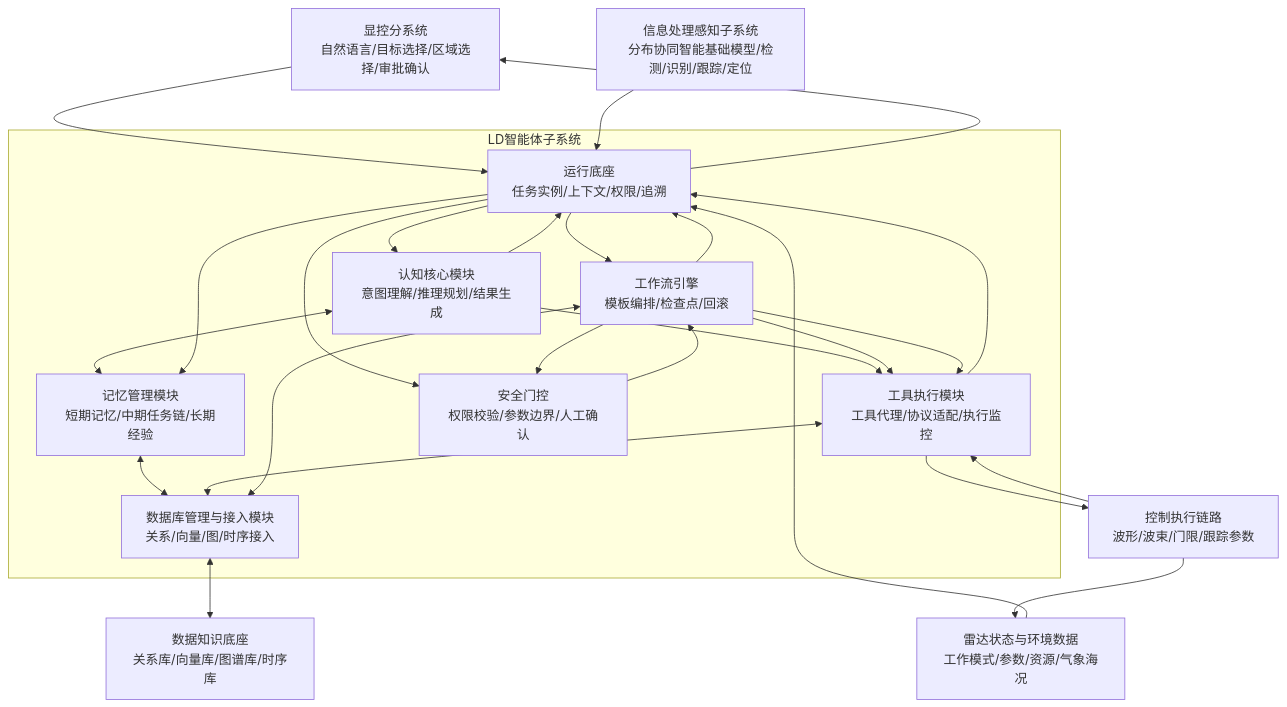
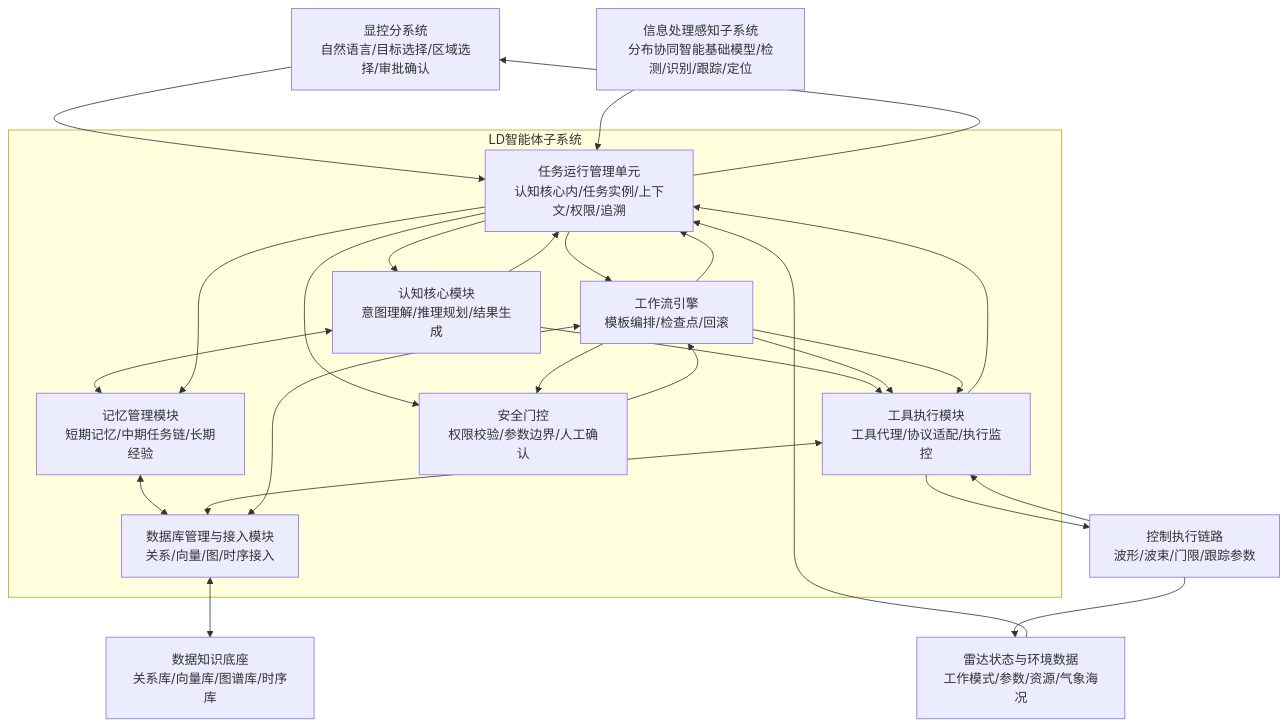
Before and after one commit to StormSeven1/obsidian-vault: the first of 7 diagrams in radar agent/4.3.3.2 LD智能体子系统技术方案.md, drawn with Mermaid. The commit also changed other lines of this file, not shown here.

````diff
--- a/radar agent/4.3.3.2 LD智能体子系统技术方案.md
+++ b/radar agent/4.3.3.2 LD智能体子系统技术方案.md
@@ -21,43 +21,43 @@
 ```mermaid
 graph TB
     J1[显控分系统<br/>自然语言/目标选择/区域选择/审批确认]
     J2[信息处理感知子系统<br/>分布协同智能基础模型/检测/识别/跟踪/定位]
     J3[雷达状态与环境数据<br/>工作模式/参数/资源/气象海况]
     J4[控制执行链路<br/>波形/波束/门限/跟踪参数]
     J5[数据知识底座<br/>关系库/向量库/图谱库/时序库]
 
     subgraph J6[LD智能体子系统]
-        J7[运行底座<br/>任务实例/上下文/权限/追溯]
+        J7[任务运行管理单元<br/>认知核心内/任务实例/上下文/权限/追溯]
         J8[认知核心模块<br/>意图理解/推理规划/结果生成]
         J9[记忆管理模块<br/>短期记忆/中期任务链/长期经验]
         J10[工具执行模块<br/>工具代理/协议适配/执行监控]
         J11[工作流引擎<br/>模板编排/检查点/回滚]
         J12[数据库管理与接入模块<br/>关系/向量/图/时序接入]
         J13[安全门控<br/>权限校验/参数边界/人工确认]
     end
 
     J1 --> J7
     J2 --> J7
     J3 --> J7
     J7 --> J8
     J8 <--> J9
     J9 <--> J12
     J8 --> J10
     J8 --> J7
     J7 --> J11
     J11 --> J10
     J10 <--> J12
     J11 <--> J12
     J12 <--> J5
     J7 --> J13
     J11 --> J13
     J13 --> J11
     J11 --> J10
     J10 --> J4
     J4 --> J10
     J4 --> J3
     J10 --> J7
     J11 --> J7
     J7 --> J1
     J7 --> J9
 ```
````
